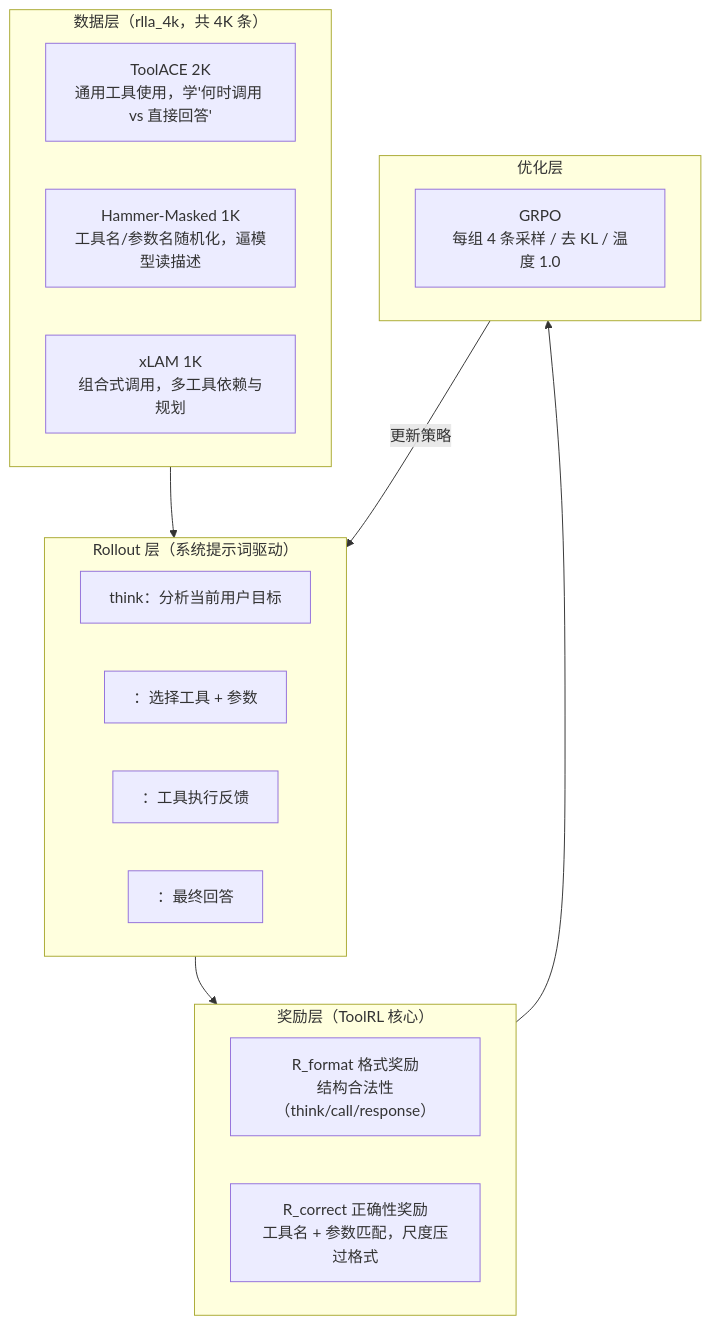
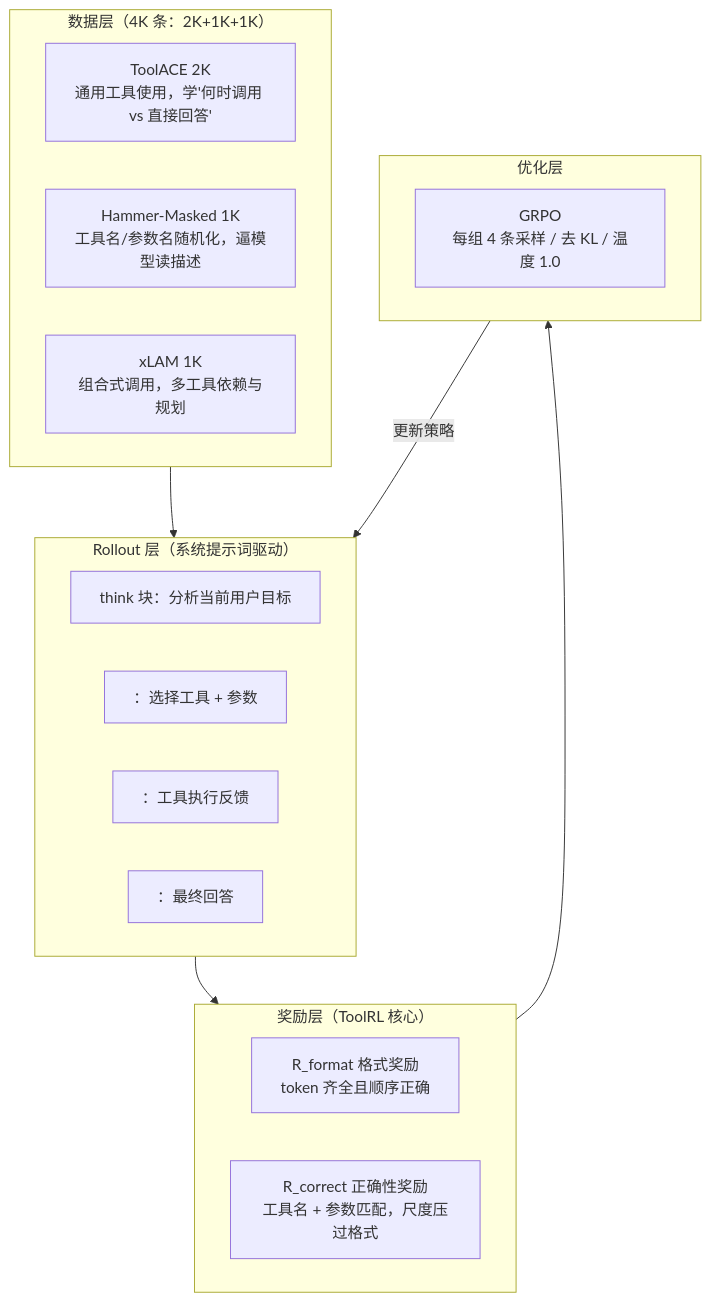
The diagram in _posts/2026-08-10-toolrl-reward-is-all-deepdive.md (lrypcy/lrypcy.github.io), drawn with Mermaid before and after one commit. The commit also changed other lines of this file, not shown here.

````diff
--- a/_posts/2026-08-10-toolrl-reward-is-all-deepdive.md
+++ b/_posts/2026-08-10-toolrl-reward-is-all-deepdive.md
@@ -16,25 +18,25 @@
 ```mermaid
 flowchart TD
-    subgraph DATA["数据层（rlla_4k，共 4K 条）"]
+    subgraph DATA["数据层（4K 条：2K+1K+1K）"]
         A1["ToolACE 2K<br/>通用工具使用，学'何时调用 vs 直接回答'"]
         A2["Hammer-Masked 1K<br/>工具名/参数名随机化，逼模型读描述"]
         A3["xLAM 1K<br/>组合式调用，多工具依赖与规划"]
     end
     subgraph ROLLOUT["Rollout 层（系统提示词驱动）"]
-        B1["think：分析当前用户目标"]
+        B1["think 块：分析当前用户目标"]
         B2["<tool_call>：选择工具 + 参数"]
         B3["<obs>：工具执行反馈"]
         B4["<response>：最终回答"]
     end
     subgraph REWARD["奖励层（ToolRL 核心）"]
-        C1["R_format 格式奖励<br/>结构合法性（think/call/response）"]
+        C1["R_format 格式奖励<br/>token 齐全且顺序正确"]
         C2["R_correct 正确性奖励<br/>工具名 + 参数匹配，尺度压过格式"]
     end
     subgraph OPT["优化层"]
         D1["GRPO<br/>每组 4 条采样 / 去 KL / 温度 1.0"]
     end
     DATA --> ROLLOUT
     ROLLOUT --> REWARD
     REWARD --> OPT
     OPT -->|"更新策略"| ROLLOUT
 ```
````
